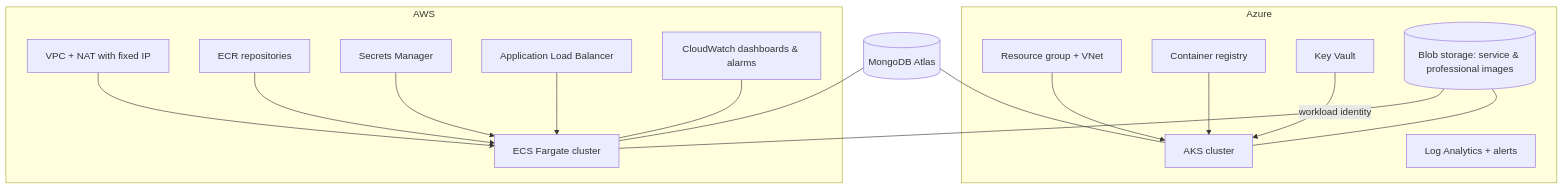
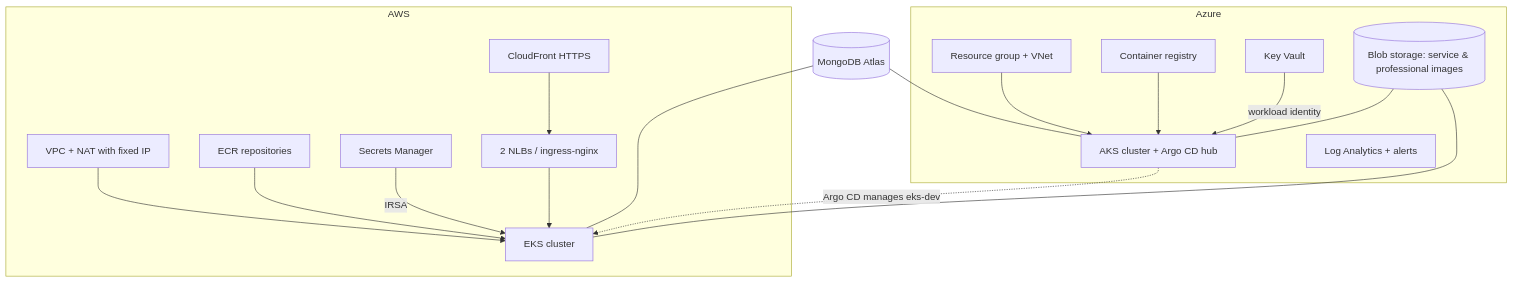
The diagram in README.md (SrinidhiSanjeevi/Infrastruture_Homeease), drawn with Mermaid before and after one commit. The commit also changed other lines of this file and 18 other files, not shown here.

Commit message:
docs: update README and ADRs for EKS; align aws-eks-apply with the Argo CD hub

````diff
--- a/README.md
+++ b/README.md
@@ -5,21 +7,21 @@
 ```mermaid
 flowchart TB
     subgraph Azure
-      RG[Resource group + VNet] --> AKS[AKS cluster]
+      RG[Resource group + VNet] --> AKS[AKS cluster + Argo CD hub]
       ACR[Container registry] --> AKS
       KV[Key Vault] -->|workload identity| AKS
       MON[Log Analytics + alerts]
       BLOB[(Blob storage: service & professional images)]
     end
     subgraph AWS
-      VPC[VPC + NAT with fixed IP] --> ECS[ECS Fargate cluster]
-      ECR[ECR repositories] --> ECS
-      SM[Secrets Manager] --> ECS
-      ALB[Application Load Balancer] --> ECS
-      CW[CloudWatch dashboards & alarms] --- ECS
+      VPC[VPC + NAT with fixed IP] --> EKS[EKS cluster]
+      ECR[ECR repositories] --> EKS
+      SM[Secrets Manager] -->|IRSA| EKS
+      CF[CloudFront HTTPS] --> NLB[2 NLBs / ingress-nginx] --> EKS
     end
+    AKS -.Argo CD manages eks-dev.-> EKS
     ATLAS[(MongoDB Atlas)] --- AKS
-    ATLAS --- ECS
+    ATLAS --- EKS
     BLOB --- AKS
-    BLOB --- ECS
+    BLOB --- EKS
 ```
````
